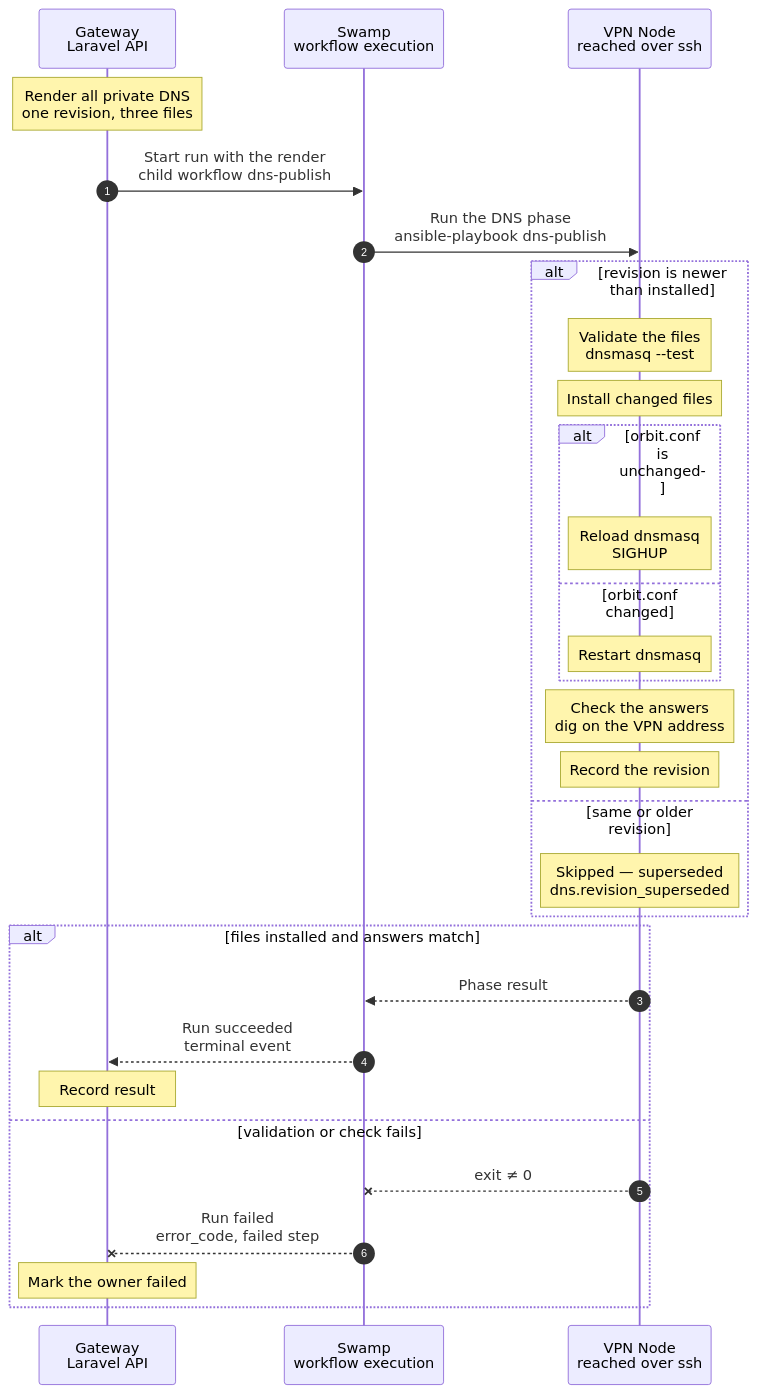
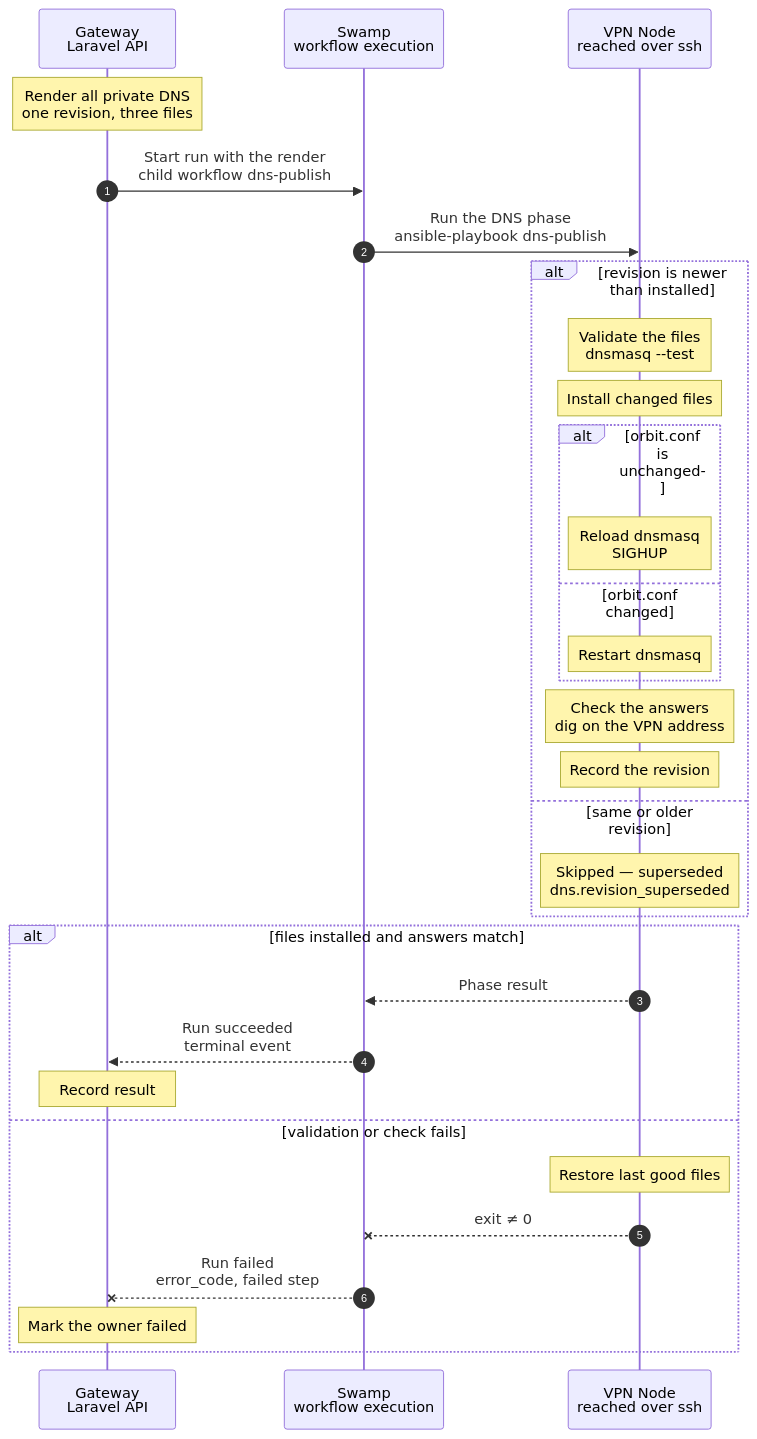
One commit to hardimpactdev/orbit changed the diagram in docs/cli/dns/publish.mmd. Above: the diagram before and after it, drawn with Mermaid. The commit also changed 3 other files, not shown here.

Commit message:
docs(dns): ADR 0248 review fixes; structured render, saved last good set, error codes

```diff
--- a/docs/cli/dns/publish.mmd
+++ b/docs/cli/dns/publish.mmd
@@ -1,97 +1,100 @@
 sequenceDiagram
   %% Target design (ADR 0248, option A chosen 2026-11-07): every publication renders the complete private DNS from the Gateway database, and one Ansible phase writes one dnsmasq configuration on the vpn Node. Shared by Route, Node, Cluster and role kinds.
   %% status: reviewed
   %% command: none · shared step of Route, Node, Cluster and role kinds
   %% kind: dns.publish
   autonumber
   %% lane GW icon=gateway pill=intent tone=blue
   %% lane SW icon=workflow pill=executes tone=green
   %% lane N icon=server pill=target tone=amber
   participant GW as Gateway<br/>Laravel API
   participant SW as Swamp<br/>workflow execution
   participant N as VPN Node<br/>reached over ssh
   Note over GW: Render all private DNS<br/>one revision, three files
   %%> What it does:
   %%> - reads every Route, Node, Cluster and role holder from the database
   %%> - renders the complete state, never a piece of it
   %%> - takes the revision in the same transaction that reads the rows
   %%> Result:
   %%> - `orbit.conf`, `orbit.hosts` and `orbit.servers` as text, and the revision
   %%> Why:
   %%> - each publication is a whole state, so two parallel publications cannot lose each other's change
   %%> - every caller gets the same answer
   GW->>SW: Start run with the render<br/>child workflow dns-publish
   %%> What it does:
   %%> - the owning kind (Route, Node, Cluster or role change) starts this step in its own run
   %%> Inputs:
   %%> - the three files and the revision
   %%> - the address and SSH host keys of the VPN Node
   SW->>N: Run the DNS phase<br/>ansible-playbook dns-publish
   %%> How:
   %%> - one Ansible phase reads, changes and checks the Node in one run
   %%> - a Swamp worker reaches the Node over SSH
   %%> - the phase holds the Node's dnsmasq lock from the first read to the last write
   alt revision is newer than installed
     %% path: newer-revision
     Note over N: Validate the files<br/>dnsmasq --test
     %%> What it does:
     %%> - checks the new files in a temporary folder before anything is replaced
     %%> On failure:
     %%> - nothing is installed and the phase fails with `dns.config_invalid`
     Note over N: Install changed files
     %%> What it does:
-    %%> - replaces only the files whose content changed, each in one rename
+    %%> - saves the installed files as the last good set, then replaces only the files whose content changed, each in one rename
     alt orbit.conf is unchanged
       %% path: reload
       Note over N: Reload dnsmasq<br/>SIGHUP
       %%> Why:
       %%> - dnsmasq reads the hosts and servers files again on SIGHUP, so an exact Route change drops no query
       %%> - unchanged means equal to the copy dnsmasq last started with
     else orbit.conf changed
       %% path: restart
       Note over N: Restart dnsmasq
       %%> When:
       %%> - a TLD is added, changed or removed; dnsmasq reads `orbit.conf` only at start
       %%> - also when an earlier restart failed after the file was installed
     end
     Note over N: Check the answers<br/>dig on the VPN address
     %%> What it does:
     %%> - asks the running dnsmasq for the reserved names and one name per TLD
     %%> - for each exact Route: the A answer, AAAA gives NODATA, and a child name is forwarded
     %%> - fails the phase when an answer differs from the render
     Note over N: Record the revision
     %%> What it does:
     %%> - writes `orbit.revision` last, so a failed run leaves the old revision and a rerun repairs it
-    %%> - keeps the files it replaced as the last good set
   else same or older revision
     %% path: superseded
     Note over N: Skipped — superseded<br/>dns.revision_superseded
     %%> Result:
     %%> - a newer publication already wrote a state that includes this change
     %%> - the files stay as they are and the phase still succeeds
   end
   alt files installed and answers match
     %% path: succeeded
     N-->>SW: Phase result
     %%> Returns:
     %%> - the installed revision and whether dnsmasq reloaded, restarted or stayed
     SW-->>GW: Run succeeded<br/>terminal event
     %%> How the Gateway learns it:
     %%> - its shared run reader sees the terminal event; Swamp never calls the Gateway
     Note over GW: Record result
     %%> Result:
     %%> - the owning kind continues with its next step
   else validation or check fails
     %% path: failed
+    Note over N: Restore last good files
+    %%> What it does:
+    %%> - runs only when the check failed after the install; puts the last good files back and reloads or restarts dnsmasq
+    %%> - a `dns.config_invalid` refusal installed nothing, so there is nothing to restore
     N--xSW: exit ≠ 0
     %%> When:
-    %%> - dnsmasq refuses the files, SSH fails, or an answer differs from the render
+    %%> - dnsmasq refuses the files (`dns.config_invalid`), SSH fails, or an answer differs from the render (`dns.check_failed`)
     SW--xGW: Run failed<br/>error_code, failed step
     %%> The Gateway reads:
     %%> - which step failed and its error code
     Note over GW: Mark the owner failed
     %%> On the Node:
     %%> - the phase restores the last good files and reloads or restarts dnsmasq; a rerun renders and writes the whole state again
     %%> Retry:
     %%> - run the owning command again after fixing the cause
   end
```
